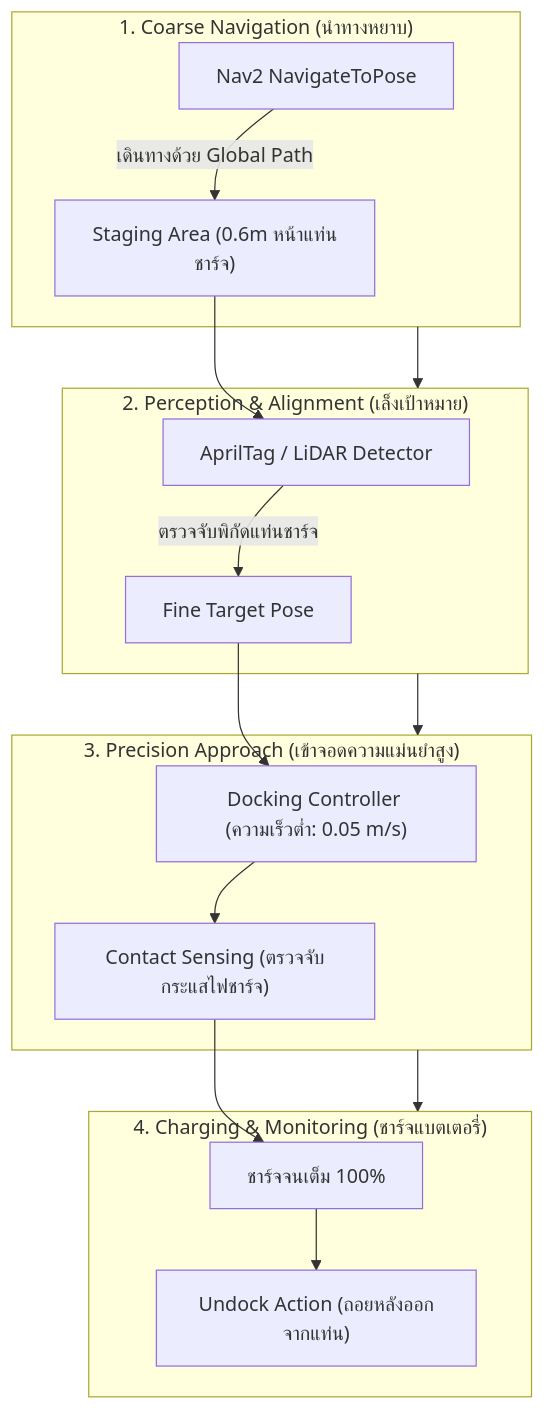
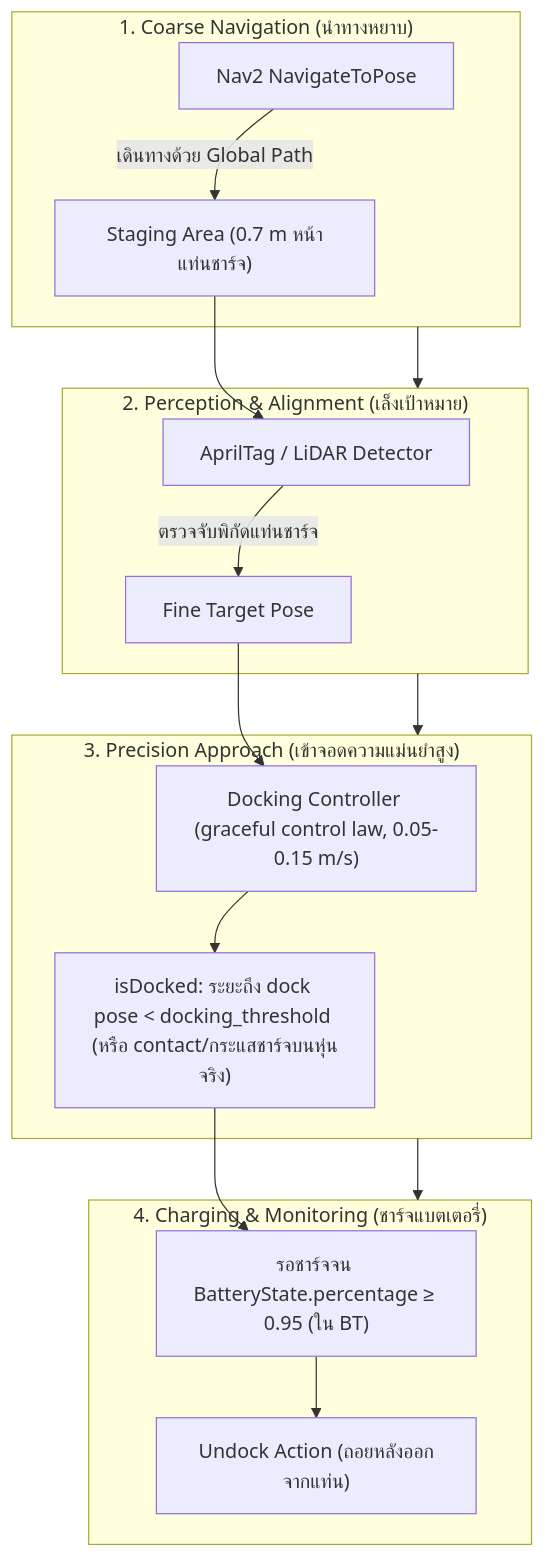
One commit to alfaXphoori/ros2 changed the first of 3 diagrams in Advanced_ROS/03_Nav2_Precision_Docking/README.md. Above: the diagram before and after it, drawn with Mermaid. The commit also changed other lines of this file and 425 other files, not shown here.

````diff
--- a/Advanced_ROS/03_Nav2_Precision_Docking/README.md
+++ b/Advanced_ROS/03_Nav2_Precision_Docking/README.md
@@ -22,23 +22,23 @@
 ```mermaid
 flowchart TD
     subgraph Phase1 ["1. Coarse Navigation (นำทางหยาบ)"]
-        Nav["Nav2 NavigateToPose"] -->|"เดินทางด้วย Global Path"| Staging["Staging Area (0.6m หน้าแท่นชาร์จ)"]
+        Nav["Nav2 NavigateToPose"] -->|"เดินทางด้วย Global Path"| Staging["Staging Area (0.7 m หน้าแท่นชาร์จ)"]
     end
 
     subgraph Phase2 ["2. Perception & Alignment (เล็งเป้าหมาย)"]
         Staging --> Cam["AprilTag / LiDAR Detector"]
         Cam -->|"ตรวจจับพิกัดแท่นชาร์จ"| DockPose["Fine Target Pose"]
     end
 
     subgraph Phase3 ["3. Precision Approach (เข้าจอดความแม่นยำสูง)"]
-        DockPose --> Controller["Docking Controller (ความเร็วต่ำ: 0.05 m/s)"]
-        Controller --> Contact["Contact Sensing (ตรวจจับกระแสไฟชาร์จ)"]
+        DockPose --> Controller["Docking Controller (graceful control law, 0.05-0.15 m/s)"]
+        Controller --> Contact["isDocked: ระยะถึง dock pose < docking_threshold (หรือ contact/กระแสชาร์จบนหุ่นจริง)"]
     end
 
     subgraph Phase4 ["4. Charging & Monitoring (ชาร์จแบตเตอรี่)"]
-        Contact --> Charge["ชาร์จจนเต็ม 100%"]
+        Contact --> Charge["รอชาร์จจน BatteryState.percentage ≥ 0.95 (ใน BT)"]
         Charge --> Undock["Undock Action (ถอยหลังออกจากแท่น)"]
     end
 
     Phase1 --> Phase2 --> Phase3 --> Phase4
 ```
````
